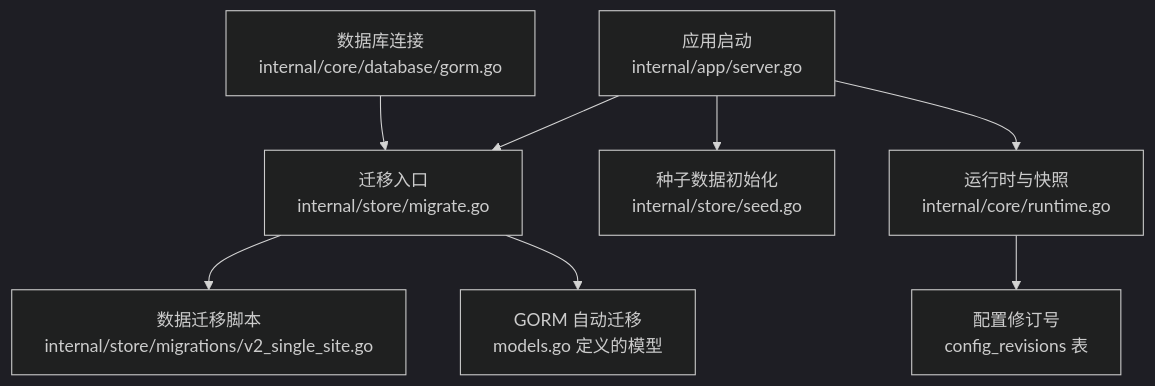
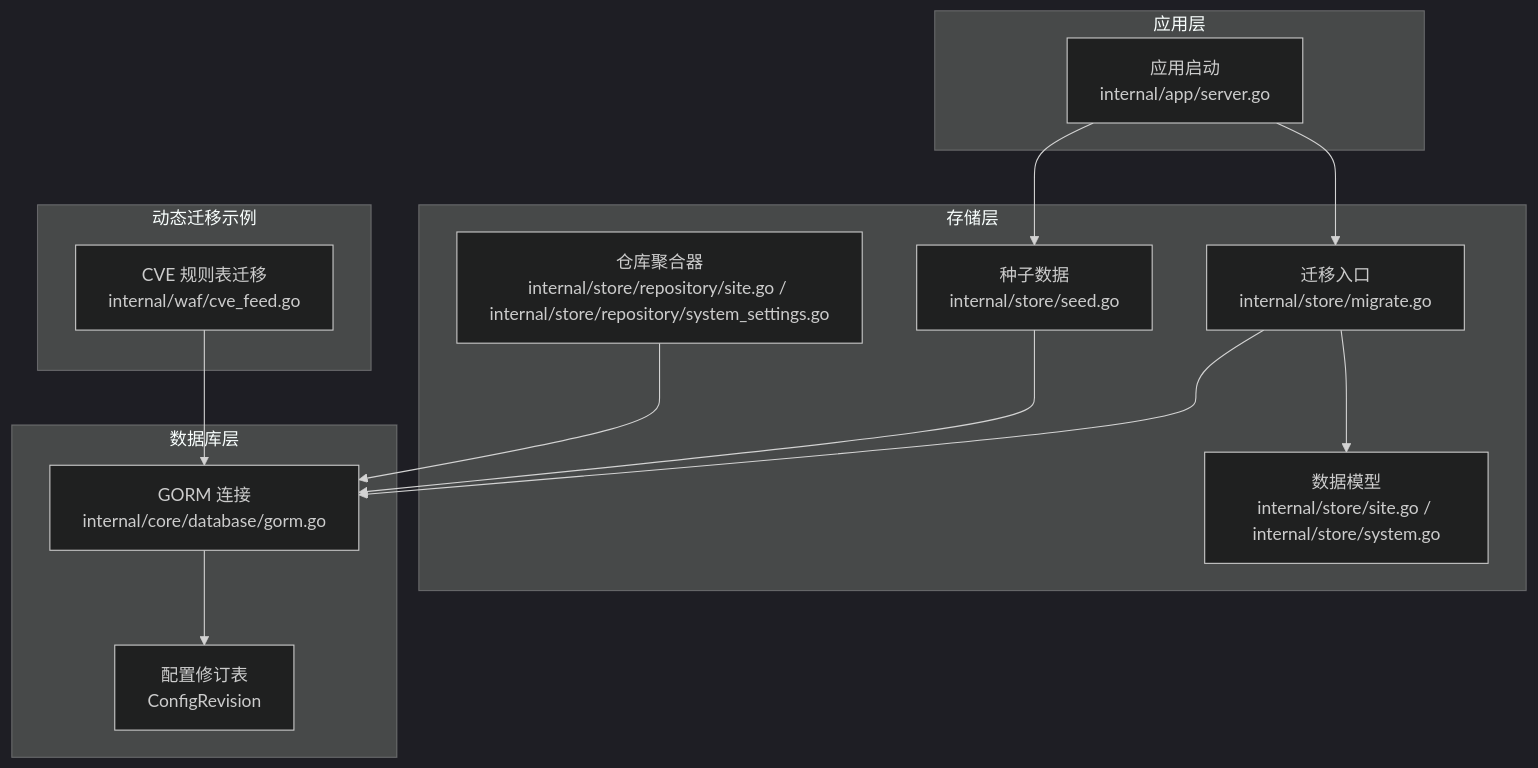
Before and after one commit to x01n/My-OpenWaf: the first of 7 diagrams in docs/数据存储层/数据迁移管理.md, drawn with Mermaid (dark theme). The commit also changed other lines of this file and 199 other files, not shown here.

````diff
--- a/docs/数据存储层/数据迁移管理.md
+++ b/docs/数据存储层/数据迁移管理.md
@@ -44,10 +46,27 @@
 ```mermaid
 graph TB
-A["应用启动<br/>internal/app/server.go"] --> B["迁移入口<br/>internal/store/migrate.go"]
-B --> C["数据迁移脚本<br/>internal/store/migrations/v2_single_site.go"]
-B --> D["GORM 自动迁移<br/>models.go 定义的模型"]
-E["数据库连接<br/>internal/core/database/gorm.go"] --> B
-A --> F["种子数据初始化<br/>internal/store/seed.go"]
-A --> G["运行时与快照<br/>internal/core/runtime.go"]
-G --> H["配置修订号<br/>config_revisions 表"]
+subgraph "应用层"
+APP["应用启动<br/>internal/app/server.go"]
+end
+subgraph "存储层"
+MIG["迁移入口<br/>internal/store/migrate.go"]
+SEED["种子数据<br/>internal/store/seed.go"]
+MODELS["数据模型<br/>internal/store/site.go / internal/store/system.go"]
+REPOS["仓库聚合器<br/>internal/store/repository/site.go / internal/store/repository/system_settings.go"]
+end
+subgraph "数据库层"
+DB["GORM 连接<br/>internal/core/database/gorm.go"]
+CR["配置修订表<br/>ConfigRevision"]
+end
+subgraph "动态迁移示例"
+CVE["CVE 规则表迁移<br/>internal/waf/cve_feed.go"]
+end
+APP --> MIG
+APP --> SEED
+MIG --> MODELS
+MIG --> DB
+SEED --> DB
+REPOS --> DB
+DB --> CR
+CVE --> DB
 ```
````
